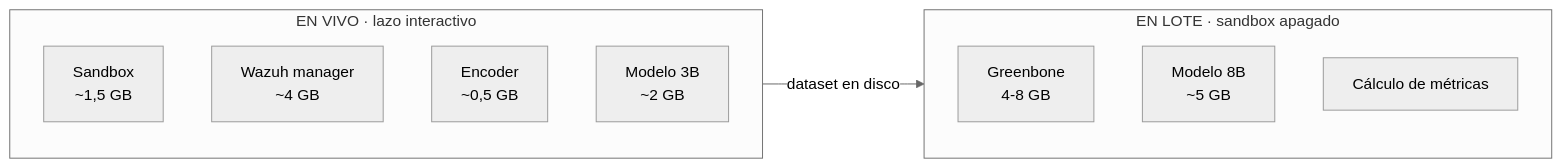
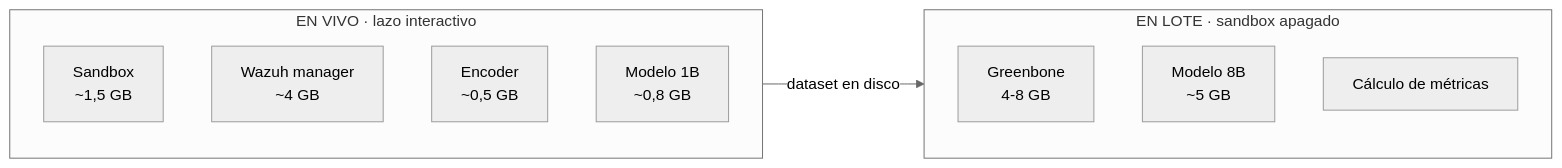
One commit to vBlanyer/domotai-pasantia changed the third of 3 diagrams in documentacion/04-fase4-diseno-de-arquitectura/flujo-triaje-playbook-sandbox.md. Above: the diagram before and after it, drawn with Mermaid (neutral theme). The commit also changed other lines of this file and 4 other files, not shown here.

````diff
--- a/documentacion/04-fase4-diseno-de-arquitectura/flujo-triaje-playbook-sandbox.md
+++ b/documentacion/04-fase4-diseno-de-arquitectura/flujo-triaje-playbook-sandbox.md
@@ -115,15 +115,15 @@
 ```mermaid
 flowchart LR
     subgraph vivo["EN VIVO · lazo interactivo"]
         V1["Sandbox<br/>~1,5 GB"]
         V2["Wazuh manager<br/>~4 GB"]
         V3["Encoder<br/>~0,5 GB"]
-        V4["Modelo 3B<br/>~2 GB"]
+        V4["Modelo 1B<br/>~0,8 GB"]
     end
     subgraph lote["EN LOTE · sandbox apagado"]
         L1["Greenbone<br/>4-8 GB"]
         L2["Modelo 8B<br/>~5 GB"]
         L3["Cálculo de métricas"]
     end
     vivo -->|"dataset en disco"| lote
 ```
````
